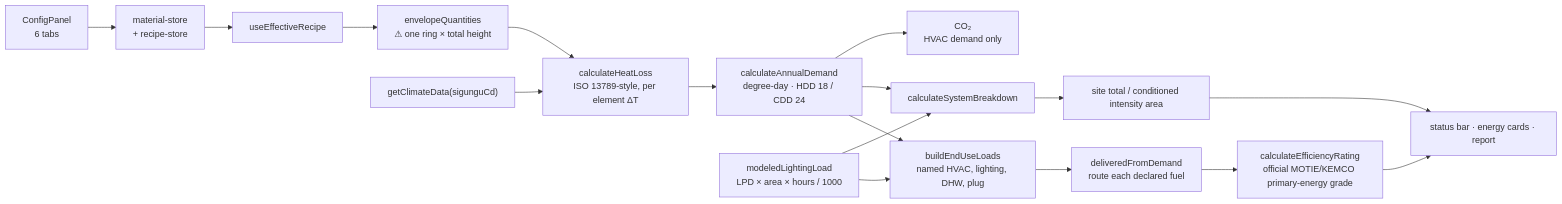
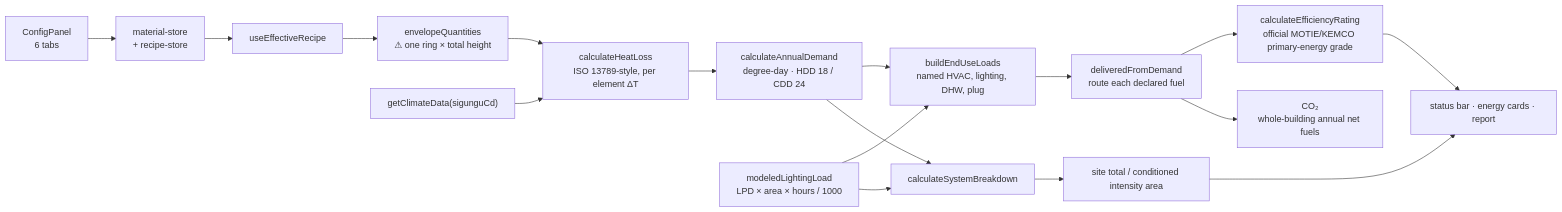
The diagram in docs/02_Features/Twin Energy Model.md (mattysouth97/BIM), drawn with Mermaid before and after one commit. The commit also changed other lines of this file and 9 other files, not shown here.

````diff
--- a/docs/02_Features/Twin Energy Model.md
+++ b/docs/02_Features/Twin Energy Model.md
@@ -67,19 +71,19 @@
 ```mermaid
 flowchart LR
   CP["ConfigPanel<br/>6 tabs"] --> MS["material-store<br/>+ recipe-store"]
   MS --> ER[useEffectiveRecipe]
   ER --> EQ["envelopeQuantities<br/>⚠ one ring × total height"]
   EQ --> HL["calculateHeatLoss<br/>ISO 13789-style, per element ΔT"]
   CD["getClimateData(sigunguCd)"] --> HL
   HL --> AD["calculateAnnualDemand<br/>degree-day · HDD 18 / CDD 24"]
   AD --> EU["buildEndUseLoads<br/>named HVAC, lighting, DHW, plug"]
   LL["modeledLightingLoad<br/>LPD × area × hours / 1000"] --> EU
   LL --> SB[calculateSystemBreakdown]
   AD --> SB
   EU --> DF["deliveredFromDemand<br/>route each declared fuel"]
   DF --> GR["calculateEfficiencyRating<br/>official MOTIE/KEMCO primary-energy grade"]
-  AD --> CO["CO₂<br/>HVAC demand only"]
+  DF --> CO["CO₂<br/>whole-building annual net fuels"]
   SB --> SITE["site total / conditioned intensity area"]
   SITE --> UI
   GR --> UI["status bar · energy cards · report"]
 ```
````
